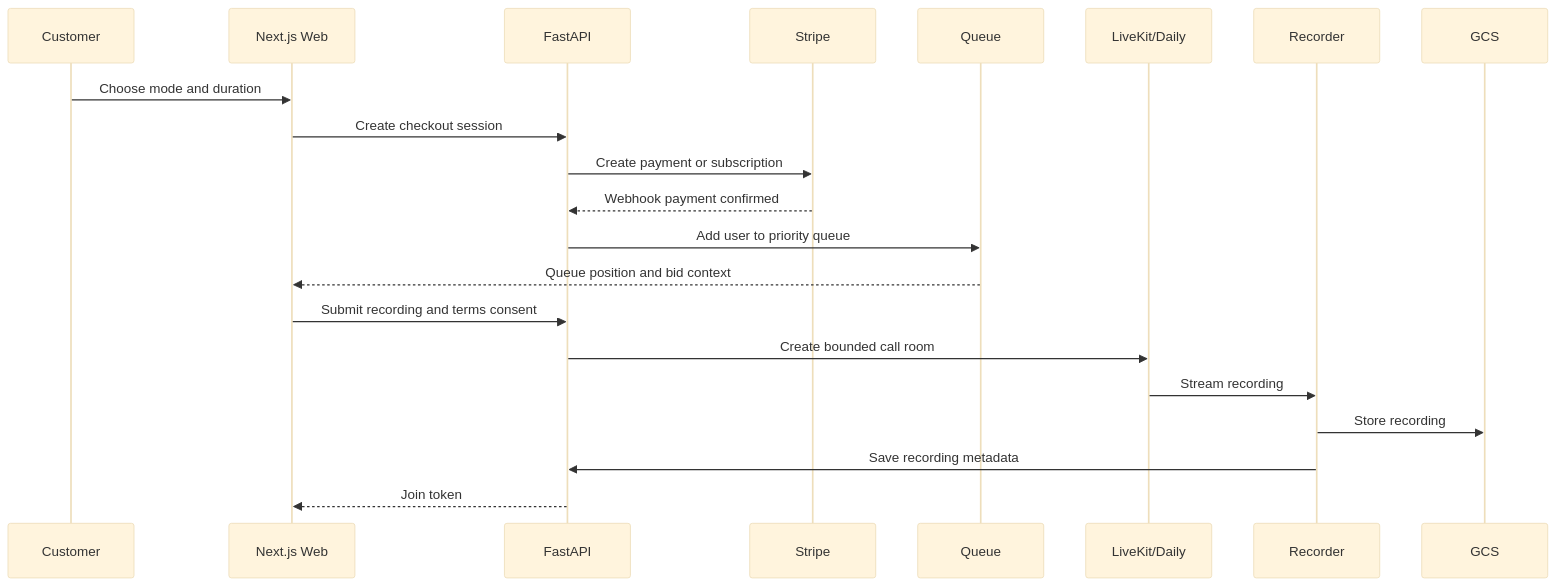
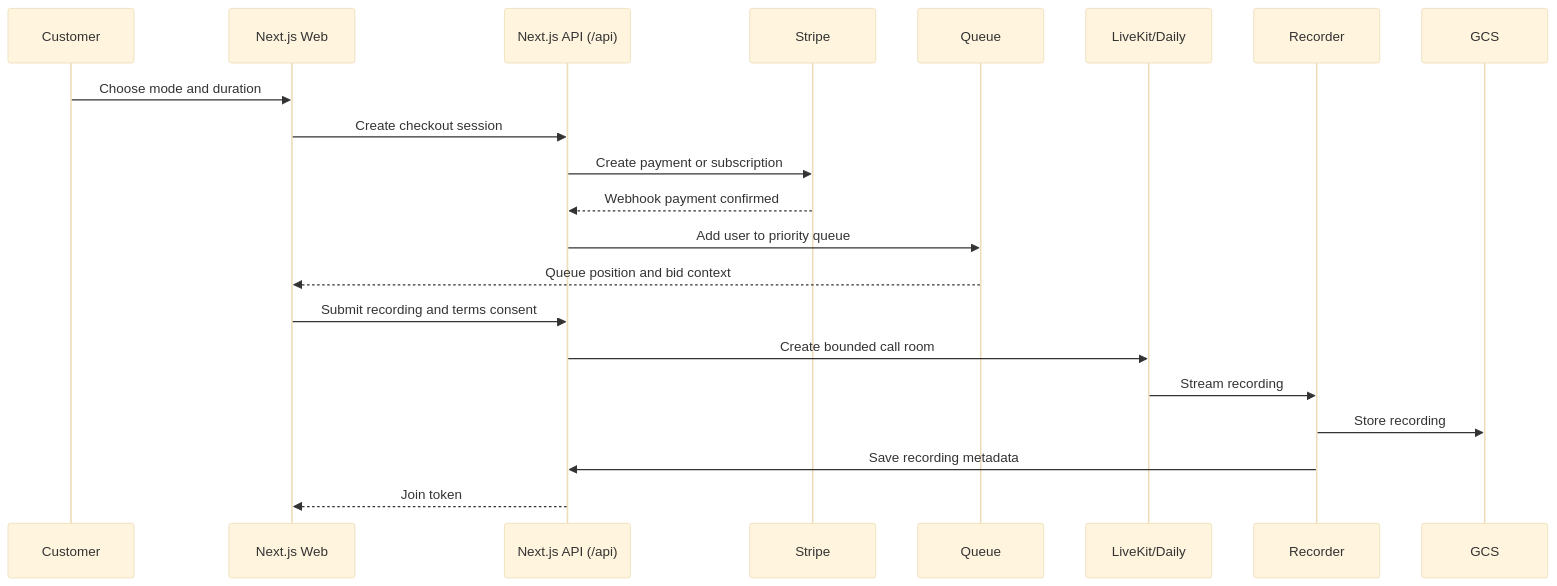
The second of 3 diagrams in docs/architecture.md (Thabhelo/ear), drawn with Mermaid (base theme) before and after one commit. The commit also changed other lines of this file and 53 other files, not shown here.

Commit message:
Migrate the FastAPI backend into Next.js route handlers so the platform is one TypeScript codebase with a single Cloud Run deploy.

````diff
--- a/docs/architecture.md
+++ b/docs/architecture.md
@@ -38,24 +38,24 @@
 ```mermaid
 sequenceDiagram
   participant U as Customer
   participant W as Next.js Web
-  participant A as FastAPI
+  participant A as Next.js API (/api)
   participant S as Stripe
   participant Q as Queue
   participant C as LiveKit/Daily
   participant R as Recorder
   participant G as GCS
 
   U->>W: Choose mode and duration
   W->>A: Create checkout session
   A->>S: Create payment or subscription
   S-->>A: Webhook payment confirmed
   A->>Q: Add user to priority queue
   Q-->>W: Queue position and bid context
   W->>A: Submit recording and terms consent
   A->>C: Create bounded call room
   C->>R: Stream recording
   R->>G: Store recording
   R->>A: Save recording metadata
   A-->>W: Join token
 ```
````
